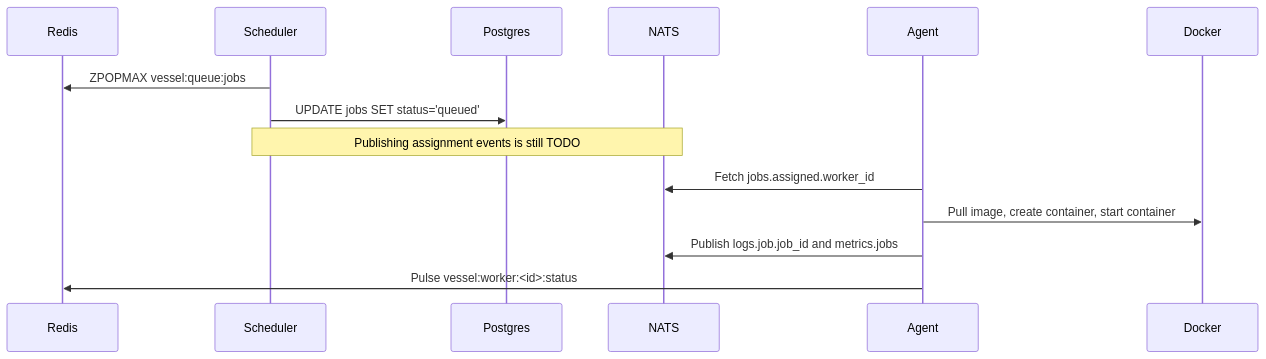
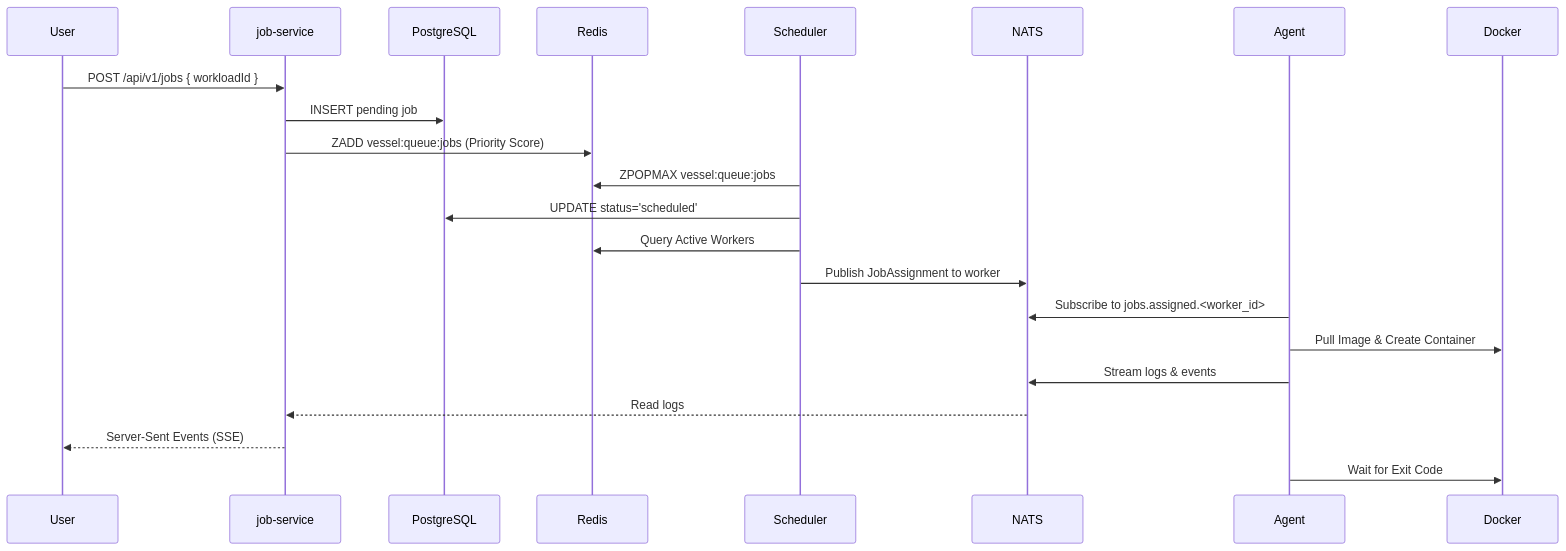
Before and after one commit to abhayguptas/vessel: the second of 2 diagrams in README.md, drawn with Mermaid. The commit also changed other lines of this file and 25 other files, not shown here.

````diff
--- a/README.md
+++ b/README.md
@@ -87,17 +65,25 @@
 ```mermaid
 sequenceDiagram
+    participant User
+    participant JobAPI as job-service
+    participant DB as PostgreSQL
     participant Redis
     participant Scheduler
-    participant Postgres
     participant NATS
     participant Agent
     participant Docker
 
+    User->>JobAPI: POST /api/v1/jobs { workloadId }
+    JobAPI->>DB: INSERT pending job
+    JobAPI->>Redis: ZADD vessel:queue:jobs (Priority Score)
     Scheduler->>Redis: ZPOPMAX vessel:queue:jobs
-    Scheduler->>Postgres: UPDATE jobs SET status='queued'
-    Note over Scheduler,NATS: Publishing assignment events is still TODO
-    Agent->>NATS: Fetch jobs.assigned.worker_id
-    Agent->>Docker: Pull image, create container, start container
-    Agent->>NATS: Publish logs.job.job_id and metrics.jobs
-    Agent->>Redis: Pulse vessel:worker:<id>:status
+    Scheduler->>DB: UPDATE status='scheduled'
+    Scheduler->>Redis: Query Active Workers
+    Scheduler->>NATS: Publish JobAssignment to worker
+    Agent->>NATS: Subscribe to jobs.assigned.<worker_id>
+    Agent->>Docker: Pull Image & Create Container
+    Agent->>NATS: Stream logs & events
+    NATS-->>JobAPI: Read logs
+    JobAPI-->>User: Server-Sent Events (SSE)
+    Agent->>Docker: Wait for Exit Code
 ```
````
